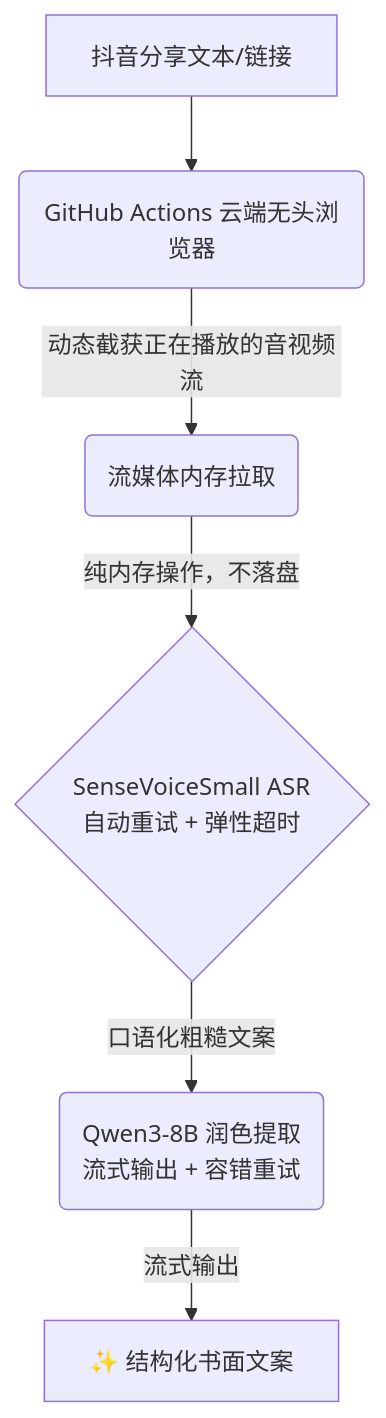
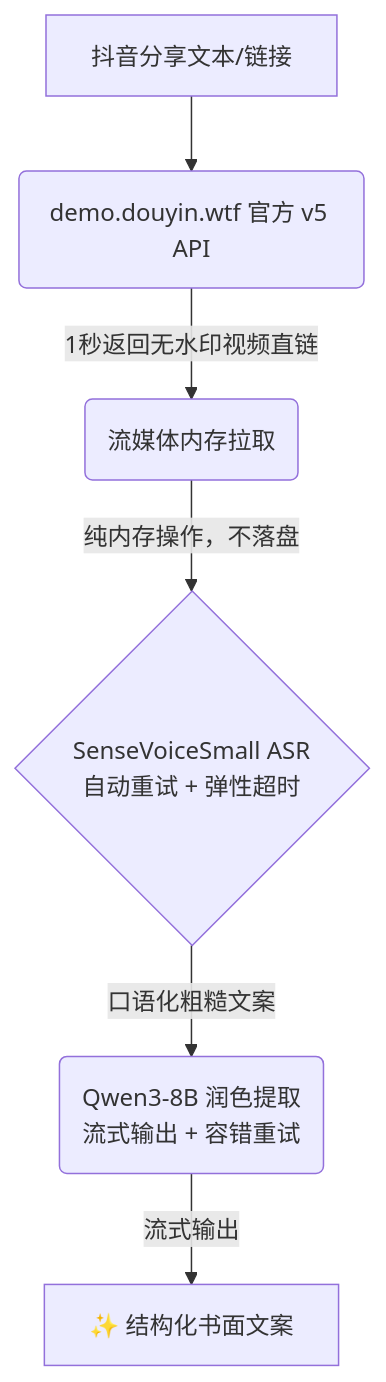
One commit to yzj2019/DouyinParsing changed the diagram in README.md. Above: the diagram before and after it, drawn with Mermaid. The commit also changed other lines of this file and 2 other files, not shown here.

Commit message:
feat: 升级为 demo.douyin.wtf 官方 v5 API 解析，彻底移除 Playwright 与 Cookie 依赖

````diff
--- a/README.md
+++ b/README.md
@@ -23,8 +23,8 @@
 ```mermaid
 graph TD
-    A[抖音分享文本/链接] --> B(GitHub Actions 云端无头浏览器)
-    B -->|动态截获正在播放的音视频流| C(流媒体内存拉取)
+    A[抖音分享文本/链接] --> B(demo.douyin.wtf 官方 v5 API)
+    B -->|1秒返回无水印视频直链| C(流媒体内存拉取)
     C -->|纯内存操作，不落盘| D{SenseVoiceSmall ASR<br/>自动重试 + 弹性超时}
     D -->|口语化粗糙文案| E(Qwen3-8B 润色提取<br/>流式输出 + 容错重试)
     E -->|流式输出| F[✨ 结构化书面文案]
 ```
````
